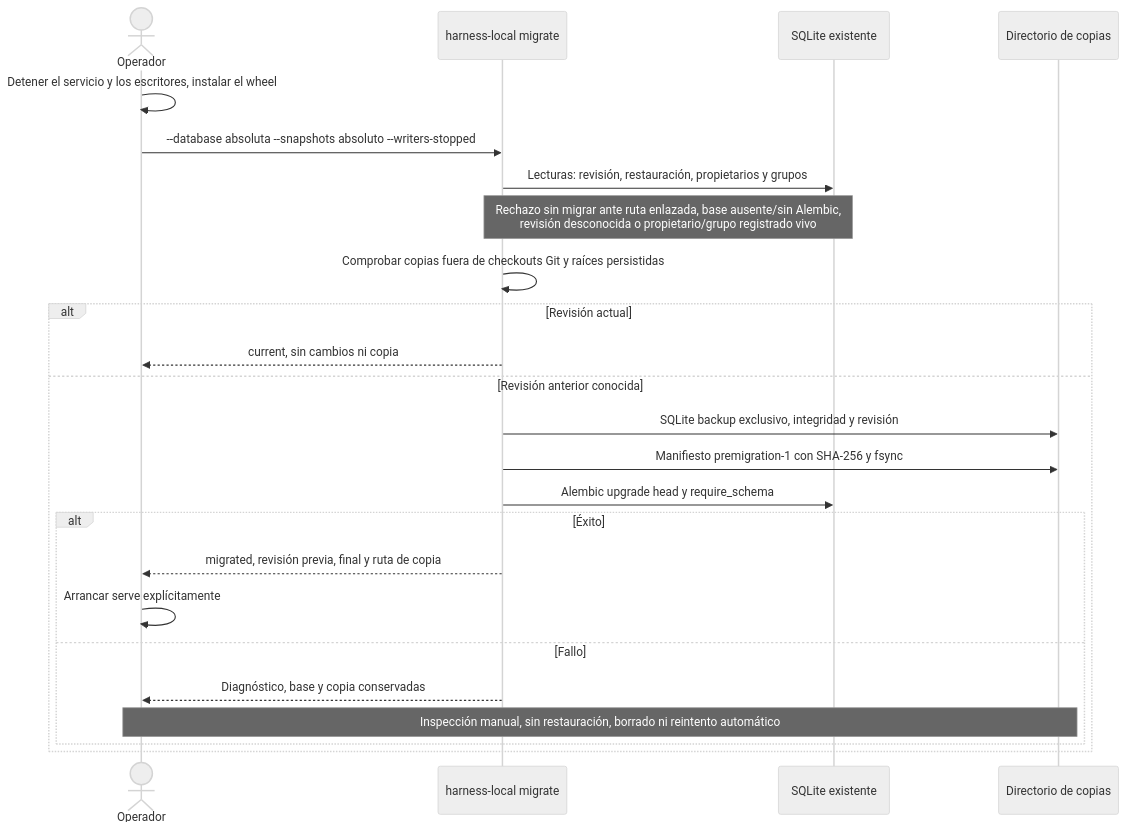
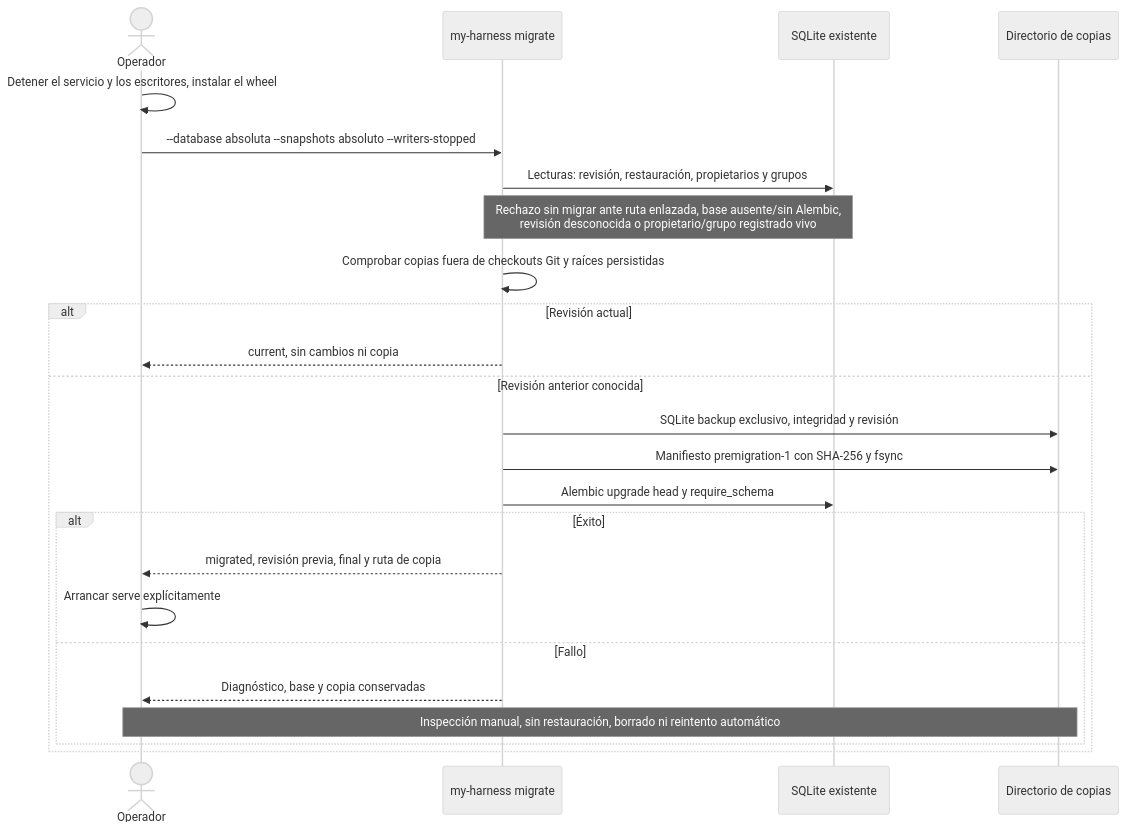
Before and after one commit to AcostaDDev/my-harness-archive: the diagram in docs/flows/database-migration.md, drawn with Mermaid (neutral theme). The commit also changed 452 other files, not shown here.

````diff
--- a/docs/flows/database-migration.md
+++ b/docs/flows/database-migration.md
@@ -6,26 +6,26 @@
 ```mermaid
 sequenceDiagram
     actor U as Operador
-    participant CLI as harness-local migrate
+    participant CLI as my-harness migrate
     participant DB as SQLite existente
     participant C as Directorio de copias
     U->>U: Detener el servicio y los escritores, instalar el wheel
     U->>CLI: --database absoluta --snapshots absoluto --writers-stopped
     CLI->>DB: Lecturas: revisión, restauración, propietarios y grupos
     Note over CLI,DB: Rechazo sin migrar ante ruta enlazada, base ausente/sin Alembic,<br/>revisión desconocida o propietario/grupo registrado vivo
     CLI->>CLI: Comprobar copias fuera de checkouts Git y raíces persistidas
     alt Revisión actual
         CLI-->>U: current, sin cambios ni copia
     else Revisión anterior conocida
         CLI->>C: SQLite backup exclusivo, integridad y revisión
         CLI->>C: Manifiesto premigration-1 con SHA-256 y fsync
         CLI->>DB: Alembic upgrade head y require_schema
         alt Éxito
             CLI-->>U: migrated, revisión previa, final y ruta de copia
             U->>U: Arrancar serve explícitamente
         else Fallo
             CLI-->>U: Diagnóstico, base y copia conservadas
             Note over U,C: Inspección manual, sin restauración, borrado ni reintento automático
         end
     end
 ```
````
